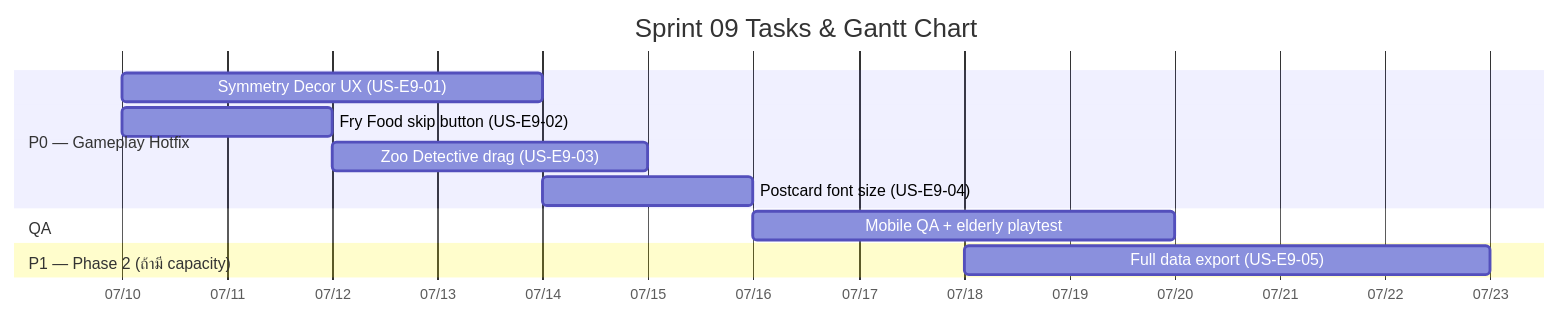
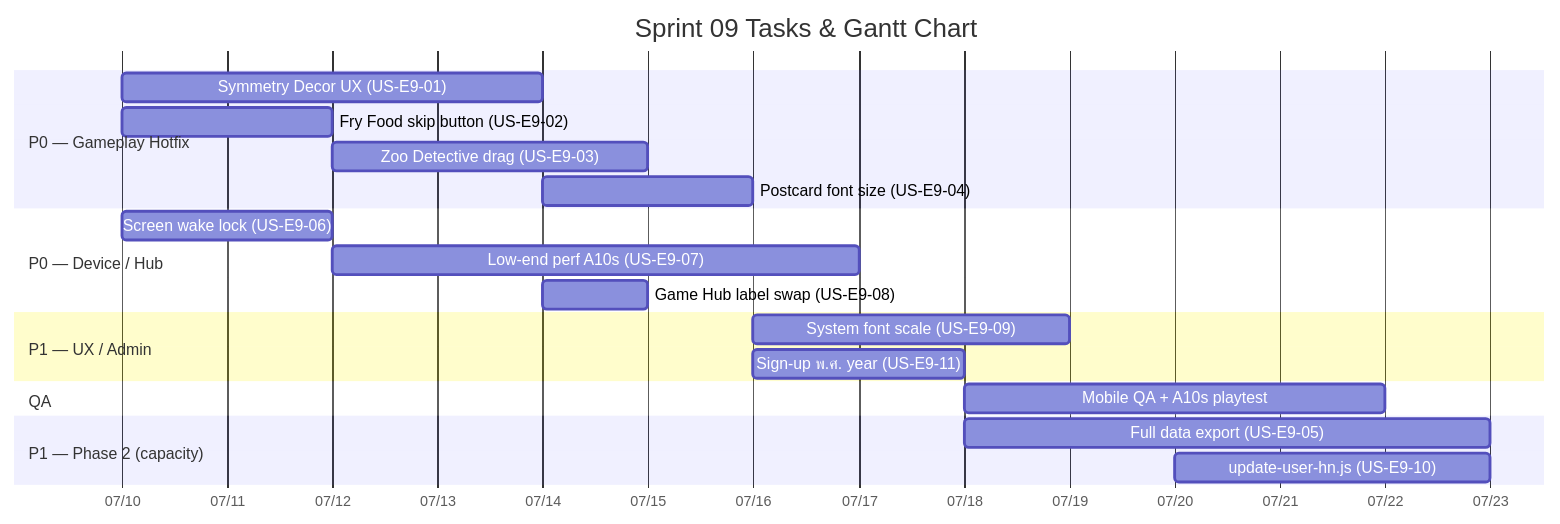
The diagram in docs/agile/sprint-backlogs/sprint-09.md (ChayutChanmueang/mci-cognitive-game-hub-dev-deploy), drawn with Mermaid before and after one commit. The commit also changed other lines of this file and 11 other files, not shown here.

````diff
--- a/docs/agile/sprint-backlogs/sprint-09.md
+++ b/docs/agile/sprint-backlogs/sprint-09.md
@@ -11,15 +11,23 @@
 ```mermaid
 gantt
     title Sprint 09 Tasks & Gantt Chart
     dateFormat  YYYY-MM-DD
     axisFormat  %m/%d
     section P0 — Gameplay Hotfix
     Symmetry Decor UX (US-E9-01)     :t1, 2026-07-10, 4d
     Fry Food skip button (US-E9-02)  :t2, 2026-07-10, 2d
     Zoo Detective drag (US-E9-03)    :t3, 2026-07-12, 3d
     Postcard font size (US-E9-04)    :t4, 2026-07-14, 2d
+    section P0 — Device / Hub
+    Screen wake lock (US-E9-06)      :t6, 2026-07-10, 2d
+    Low-end perf A10s (US-E9-07)     :t7, 2026-07-12, 5d
+    Game Hub label swap (US-E9-08)   :t8, 2026-07-14, 1d
+    section P1 — UX / Admin
+    System font scale (US-E9-09)     :t9, 2026-07-16, 3d
+    Sign-up พ.ศ. year (US-E9-11)    :t10, 2026-07-16, 2d
     section QA
-    Mobile QA + elderly playtest     :q1, 2026-07-16, 4d
-    section P1 — Phase 2 (ถ้ามี capacity)
+    Mobile QA + A10s playtest      :q1, 2026-07-18, 4d
+    section P1 — Phase 2 (capacity)
     Full data export (US-E9-05)      :t5, 2026-07-18, 5d
+    update-user-hn.js (US-E9-10)     :t11, 2026-07-20, 3d
 ```
````
